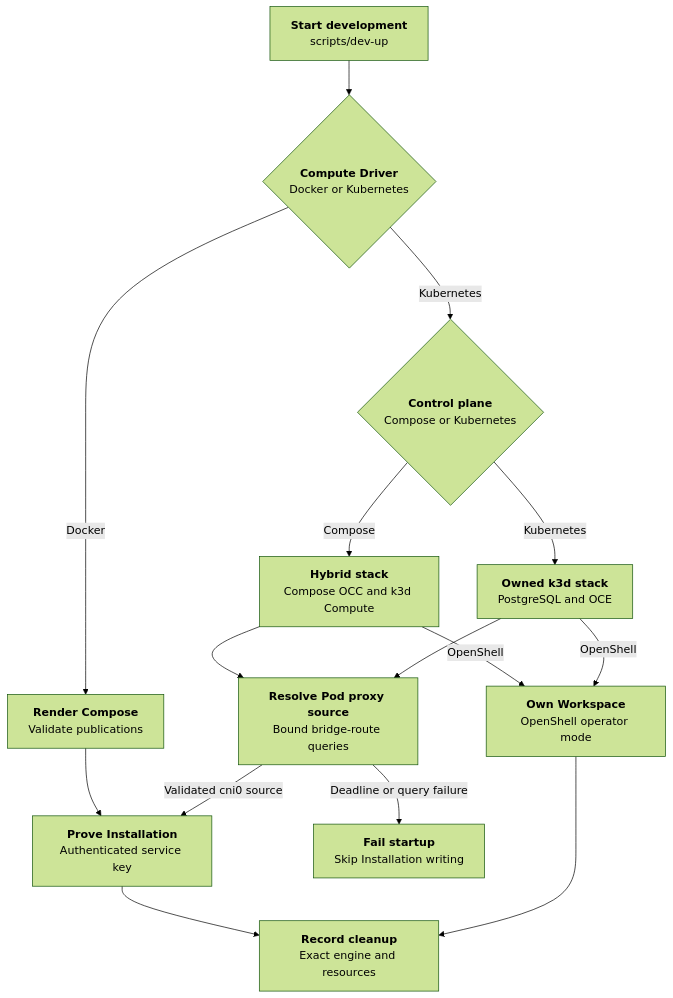
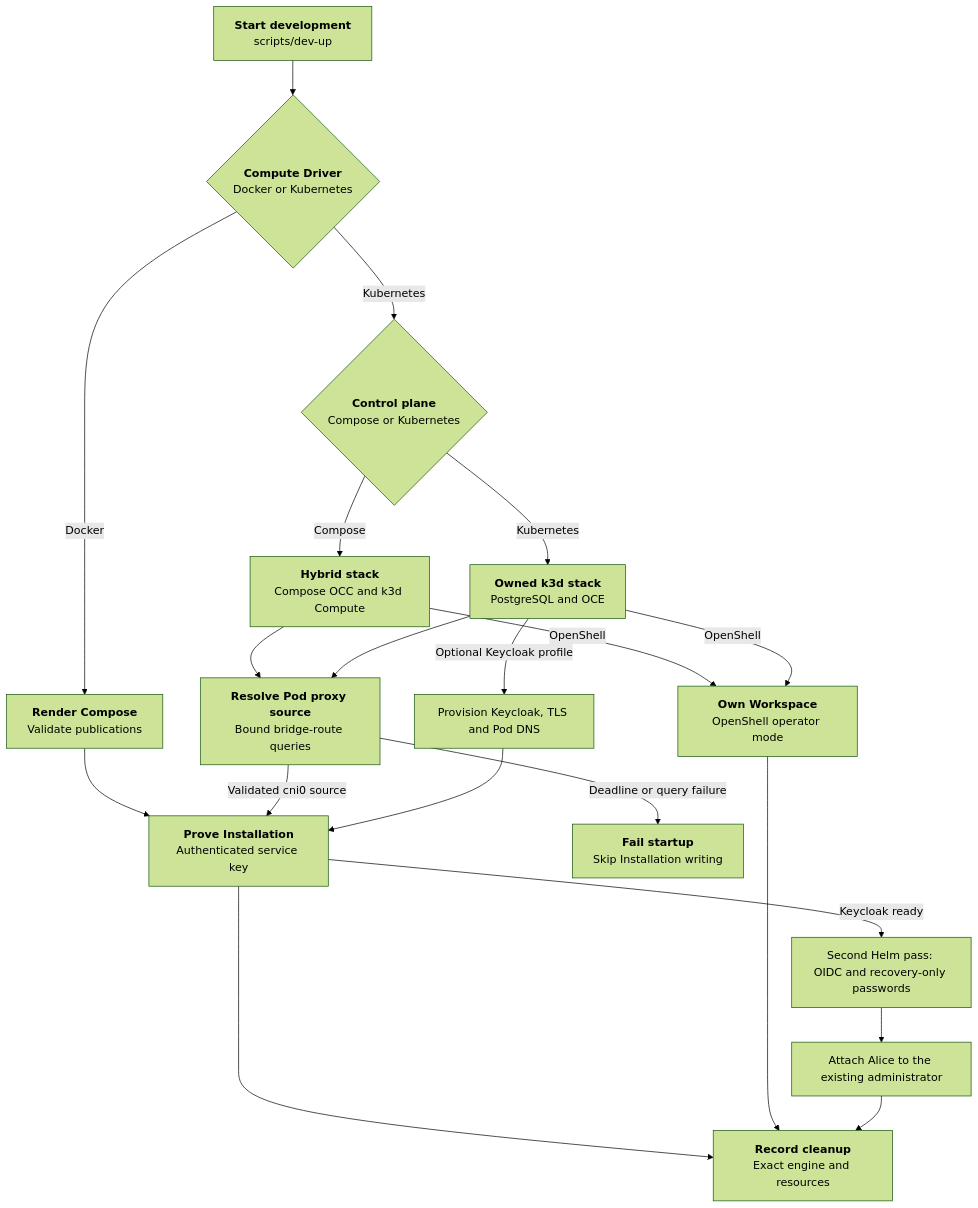
Before and after one commit to hybrowlabs/openclaw-enterprise: the diagram in docs/flows/docker-compose-development/startup.md, drawn with Mermaid (forest theme). The commit also changed other lines of this file and 9 other files, not shown here.

Commit message:
test(dev): cover the real Keycloak launcher lifecycle and recovery

````diff
--- a/docs/flows/docker-compose-development/startup.md
+++ b/docs/flows/docker-compose-development/startup.md
@@ -33,17 +33,22 @@
 ```mermaid
 graph TD
   A["<b>Start development</b><br/>scripts/dev-up"] --> B{"<b>Compute Driver</b><br/>Docker or Kubernetes"}
   B -- "Docker" --> C["<b>Render Compose</b><br/>Validate publications"]
   B -- "Kubernetes" --> D{"<b>Control plane</b><br/>Compose or Kubernetes"}
   D -- "Kubernetes" --> E["<b>Owned k3d stack</b><br/>PostgreSQL and OCE"]
   D -- "Compose" --> F["<b>Hybrid stack</b><br/>Compose OCC and k3d Compute"]
   C --> G["<b>Prove Installation</b><br/>Authenticated service key"]
   F --> R["<b>Resolve Pod proxy source</b><br/>Bound bridge-route queries"]
   E --> R
   R -- "Validated cni0 source" --> G
   R -- "Deadline or query failure" --> X["<b>Fail startup</b><br/>Skip Installation writing"]
   F -- "OpenShell" --> H["<b>Own Workspace</b><br/>OpenShell operator mode"]
   E -- "OpenShell" --> H
   G --> I["<b>Record cleanup</b><br/>Exact engine and resources"]
   H --> I
+  E -- "Optional Keycloak profile" --> K["Provision Keycloak, TLS and Pod DNS"]
+  K --> G
+  G -- "Keycloak ready" --> L["Second Helm pass: OIDC and recovery-only passwords"]
+  L --> M["Attach Alice to the existing administrator"]
+  M --> I
 ```
````
